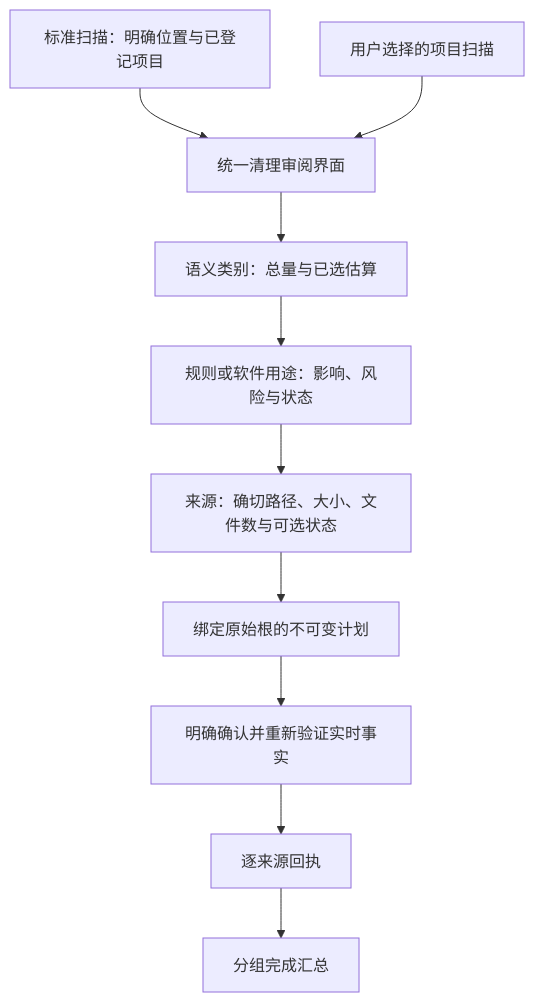
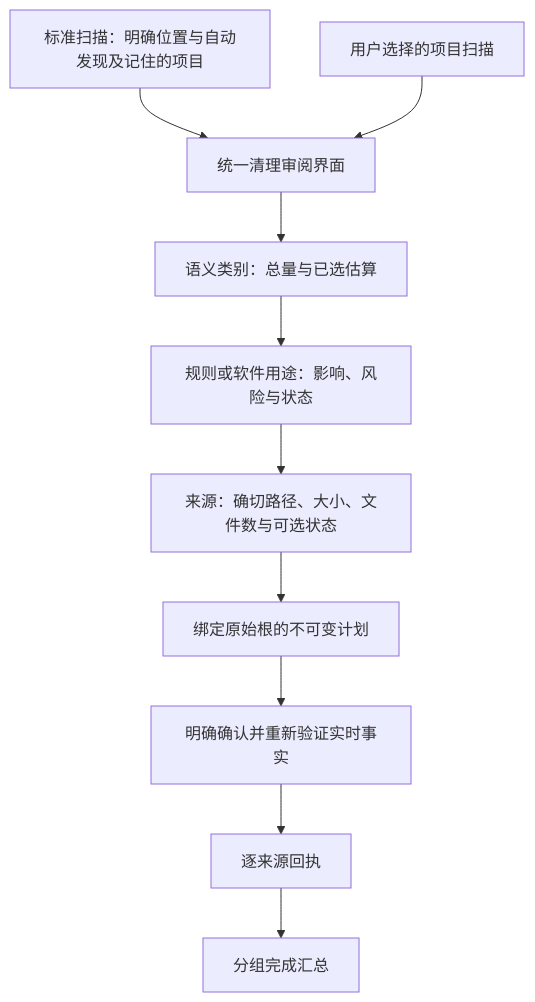
One commit to limecloud/shou changed the diagram in docs/zh-CN/engineering/reference-design.md. Above: the diagram before and after it, drawn with Mermaid. The commit also changed other lines of this file and 99 other files, not shown here.

````diff
--- a/docs/zh-CN/engineering/reference-design.md
+++ b/docs/zh-CN/engineering/reference-design.md
@@ -34,12 +34,12 @@
 ```mermaid
 flowchart TD
-    Standard[标准扫描：明确位置与已登记项目] --> Review[统一清理审阅界面]
+    Standard[标准扫描：明确位置与自动发现及记住的项目] --> Review[统一清理审阅界面]
     Projects[用户选择的项目扫描] --> Review
     Review --> Category[语义类别：总量与已选估算]
     Category --> Rule[规则或软件用途：影响、风险与状态]
     Rule --> Source[来源：确切路径、大小、文件数与可选状态]
     Source --> Plan[绑定原始根的不可变计划]
     Plan --> Confirm[明确确认并重新验证实时事实]
     Confirm --> Receipt[逐来源回执]
     Receipt --> Summary[分组完成汇总]
 ```
````
